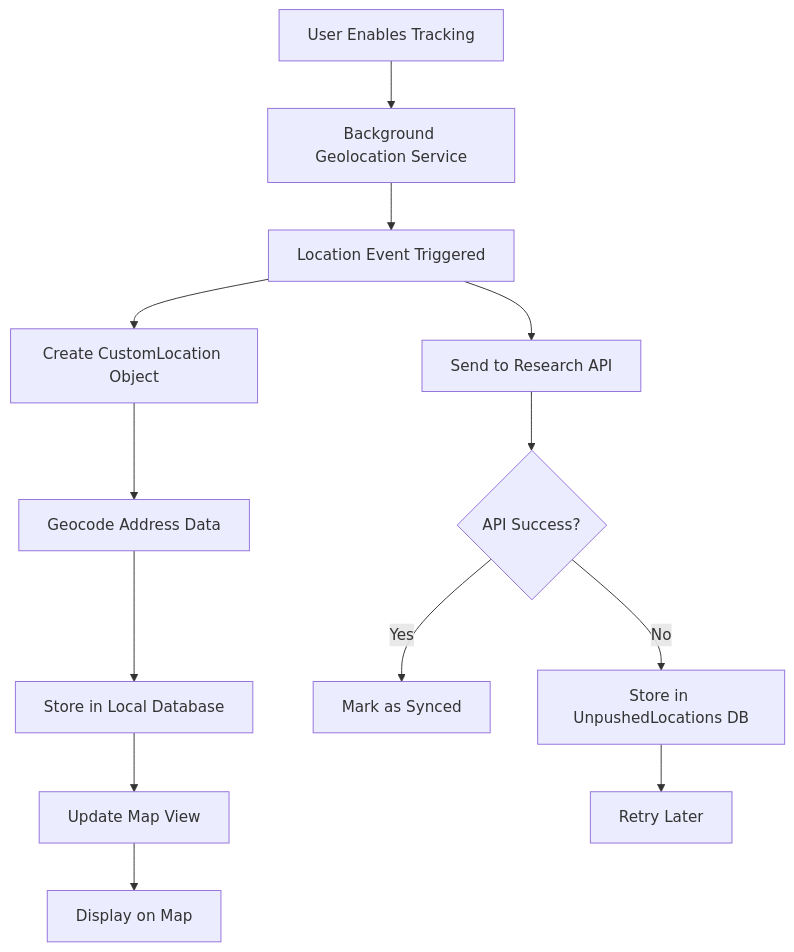
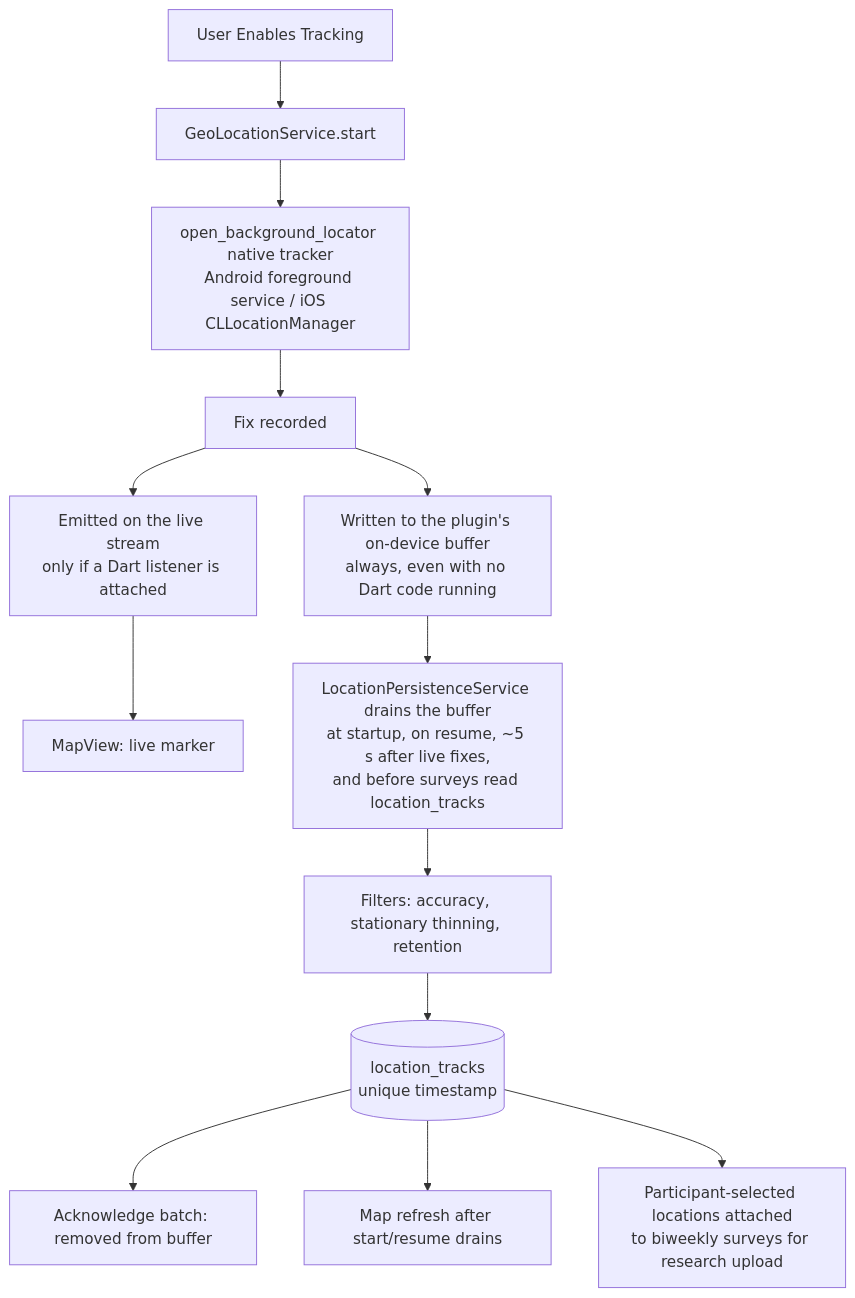
One commit to ActivitySpaceLab/wellbeing-mapper-app changed the first of 4 diagrams in docs/DEVELOPER_GUIDE.md. Above: the diagram before and after it, drawn with Mermaid. The commit also changed other lines of this file and 9 other files, not shown here.

First line of the commit message:
Location: persist fixes from the plugin's native buffer (schema v14)

````diff
--- a/docs/DEVELOPER_GUIDE.md
+++ b/docs/DEVELOPER_GUIDE.md
@@ -380,16 +404,15 @@
 ```mermaid
 graph TD
-    A[User Enables Tracking] --> B[Background Geolocation Service]
-    B --> C[Location Event Triggered]
-    C --> D[Create CustomLocation Object]
-    D --> E[Geocode Address Data]
-    E --> F[Store in Local Database]
-    F --> G[Update Map View]
-    G --> H[Display on Map]
-    
-    C --> I[Send to Research API]
-    I --> J{API Success?}
-    J -->|Yes| K[Mark as Synced]
-    J -->|No| L[Store in UnpushedLocations DB]
-    L --> M[Retry Later]
+    A[User Enables Tracking] --> B[GeoLocationService.start]
+    B --> C[open_background_locator native tracker<br/>Android foreground service / iOS CLLocationManager]
+    C --> D[Fix recorded]
+    D --> E[Written to the plugin's on-device buffer<br/>always, even with no Dart code running]
+    D --> F[Emitted on the live stream<br/>only if a Dart listener is attached]
+    F --> G[MapView: live marker]
+    E --> H[LocationPersistenceService drains the buffer<br/>at startup, on resume, ~5 s after live fixes,<br/>and before surveys read location_tracks]
+    H --> I[Filters: accuracy, stationary thinning, retention]
+    I --> J[(location_tracks<br/>unique timestamp)]
+    J --> K[Acknowledge batch: removed from buffer]
+    J --> L[Map refresh after start/resume drains]
+    J --> M[Participant-selected locations attached<br/>to biweekly surveys for research upload]
 ```
````
